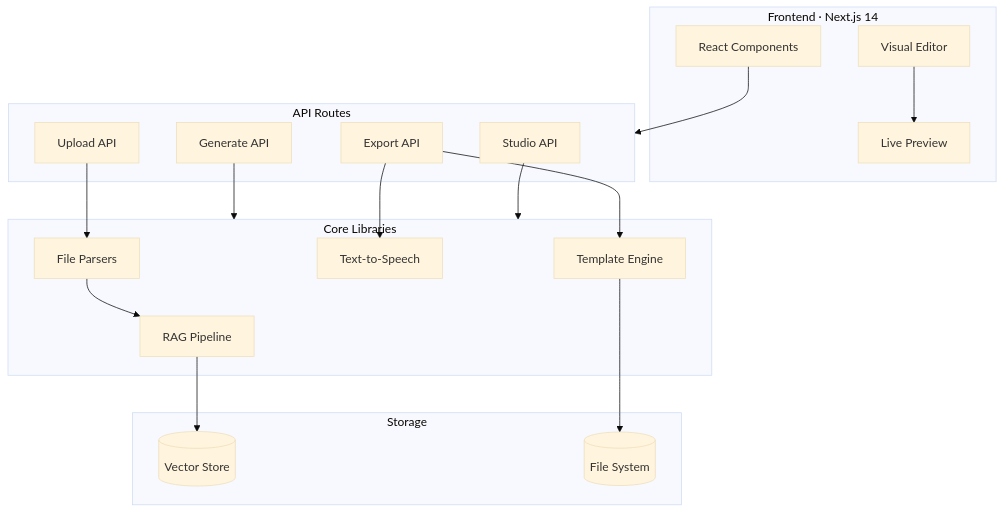
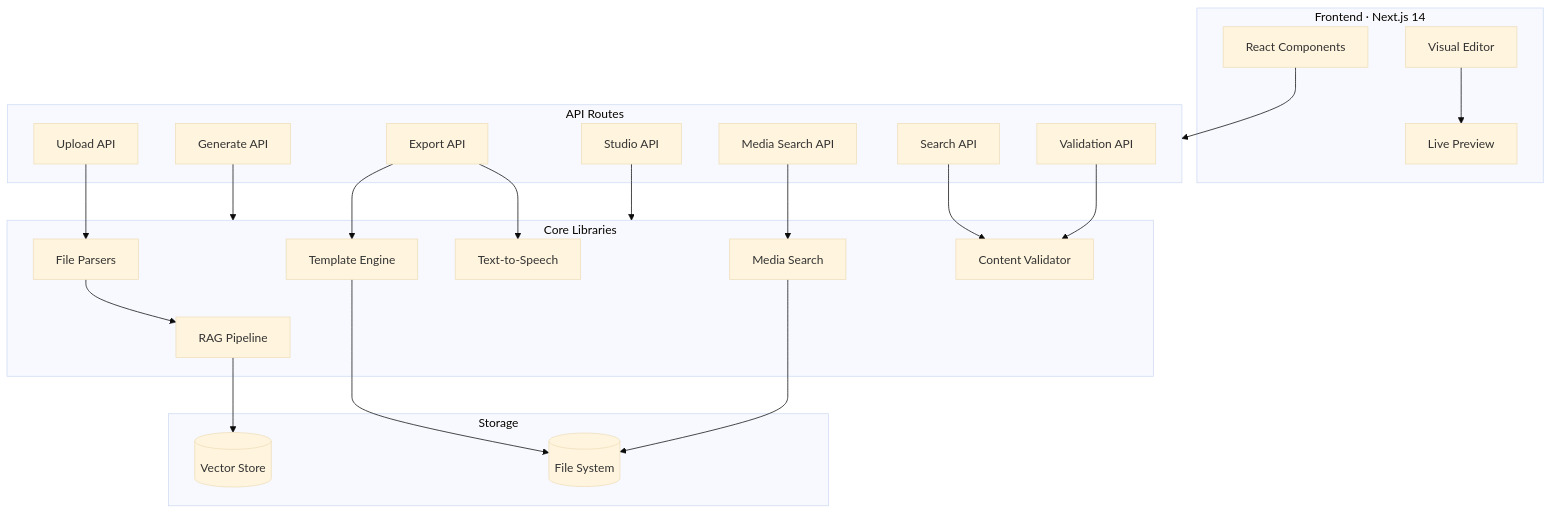
The second of 4 diagrams in README.md (lorddannykay/ByteLab), drawn with Mermaid (base theme) before and after one commit. The commit also changed other lines of this file, not shown here.

````diff
--- a/README.md
+++ b/README.md
@@ -192,41 +301,51 @@
 ```mermaid
 flowchart TB
     subgraph Client["Frontend · Next.js 14"]
         UI[React Components]
         Editor[Visual Editor]
         Preview[Live Preview]
     end
     
     subgraph API["API Routes"]
         Upload["Upload API"]
         Generate["Generate API"]
         Export["Export API"]
         Studio["Studio API"]
+        Media["Media Search API"]
+        Search["Search API"]
+        Validation["Validation API"]
     end
     
     subgraph Core["Core Libraries"]
         RAG[RAG Pipeline]
         Parsers[File Parsers]
         Templates[Template Engine]
         TTS[Text-to-Speech]
+        MediaSearch[Media Search]
+        Validator[Content Validator]
     end
     
     subgraph Storage["Storage"]
         VS[(Vector Store)]
         FS[(File System)]
     end
     
     UI --> API
     Editor --> Preview
     
     Upload --> Parsers
     Parsers --> RAG
     RAG --> VS
     
     Generate --> Core
     Studio --> Core
     Export --> Templates
     Export --> TTS
     
+    Media --> MediaSearch
+    Search --> Validator
+    Validation --> Validator
+    
+    MediaSearch --> FS
     Templates --> FS
 ```
````
